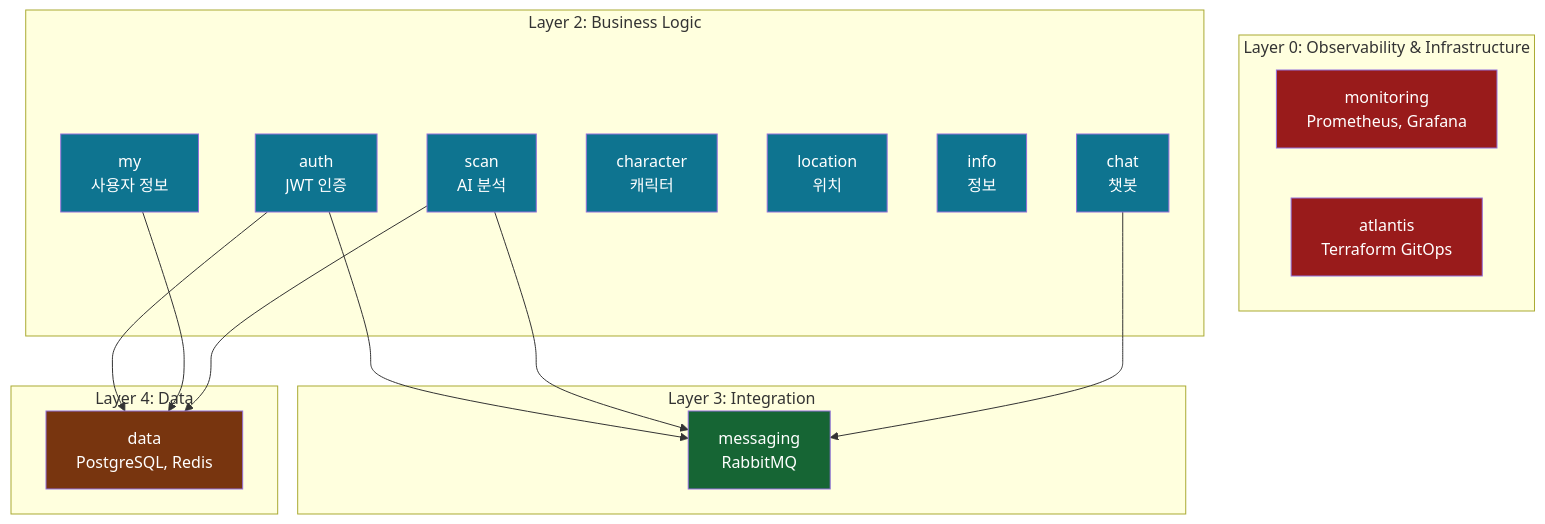
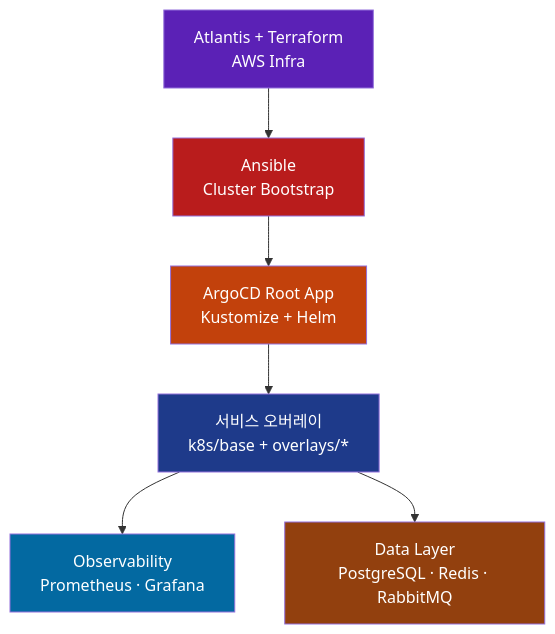
The second of 2 diagrams in README.md (eco2-team/backend), drawn with Mermaid before and after one commit. The commit also changed other lines of this file and 238 other files, not shown here.

First line of the commit message:
docs: reorganize architecture docs (#58)

````diff
--- a/README.md
+++ b/README.md
@@ -317,44 +56,14 @@
 ```mermaid
-graph TB
-    subgraph "Layer 0: Observability & Infrastructure"
-        MON[monitoring<br/>Prometheus, Grafana]
-        ATL[atlantis<br/>Terraform GitOps]
-    end
-    
-    subgraph "Layer 2: Business Logic"
-        AUTH[auth<br/>JWT 인증]
-        MY[my<br/>사용자 정보]
-        SCAN[scan<br/>AI 분석]
-        CHAR[character<br/>캐릭터]
-        LOC[location<br/>위치]
-        INFO[info<br/>정보]
-        CHAT[chat<br/>챗봇]
-    end
-    
-    subgraph "Layer 3: Integration"
-        MSG[messaging<br/>RabbitMQ]
-    end
-    
-    subgraph "Layer 4: Data"
-        DATA[data<br/>PostgreSQL, Redis]
-    end
-    
-    AUTH --> MSG
-    SCAN --> MSG
-    CHAT --> MSG
-    AUTH --> DATA
-    MY --> DATA
-    SCAN --> DATA
-    
-    style MON fill:#991b1b,color:#fff
-    style ATL fill:#991b1b,color:#fff
-    style AUTH fill:#0e7490,color:#fff
-    style MY fill:#0e7490,color:#fff
-    style SCAN fill:#0e7490,color:#fff
-    style CHAR fill:#0e7490,color:#fff
-    style LOC fill:#0e7490,color:#fff
-    style INFO fill:#0e7490,color:#fff
-    style CHAT fill:#0e7490,color:#fff
-    style MSG fill:#166534,color:#fff
-    style DATA fill:#78350f,color:#fff
+graph TD
+    TF["Atlantis + Terraform<br/>AWS Infra"] --> ANS["Ansible<br/>Cluster Bootstrap"]
+    ANS --> ACD["ArgoCD Root App<br/>Kustomize + Helm"]
+    ACD --> SVC["서비스 오버레이<br/>k8s/base + overlays/*"]
+    SVC --> OBS["Observability<br/>Prometheus · Grafana"]
+    SVC --> DB["Data Layer<br/>PostgreSQL · Redis · RabbitMQ"]
+    style TF fill:#5b21b6,color:#fff
+    style ANS fill:#b91c1c,color:#fff
+    style ACD fill:#c2410c,color:#fff
+    style SVC fill:#1e3a8a,color:#fff
+    style OBS fill:#0369a1,color:#fff
+    style DB fill:#92400e,color:#fff
 ```
````
